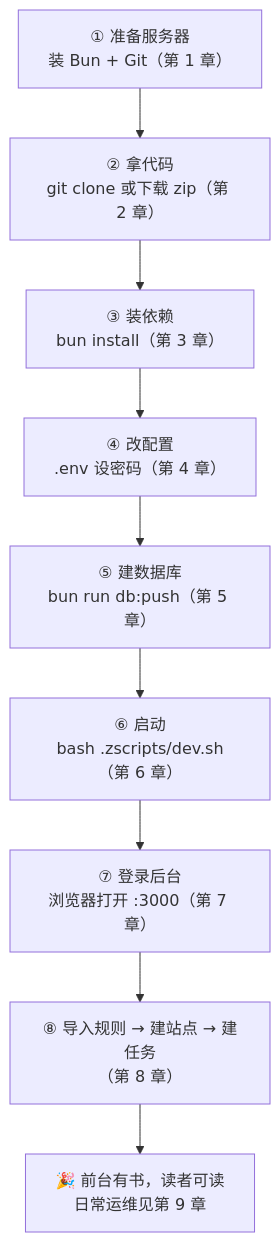
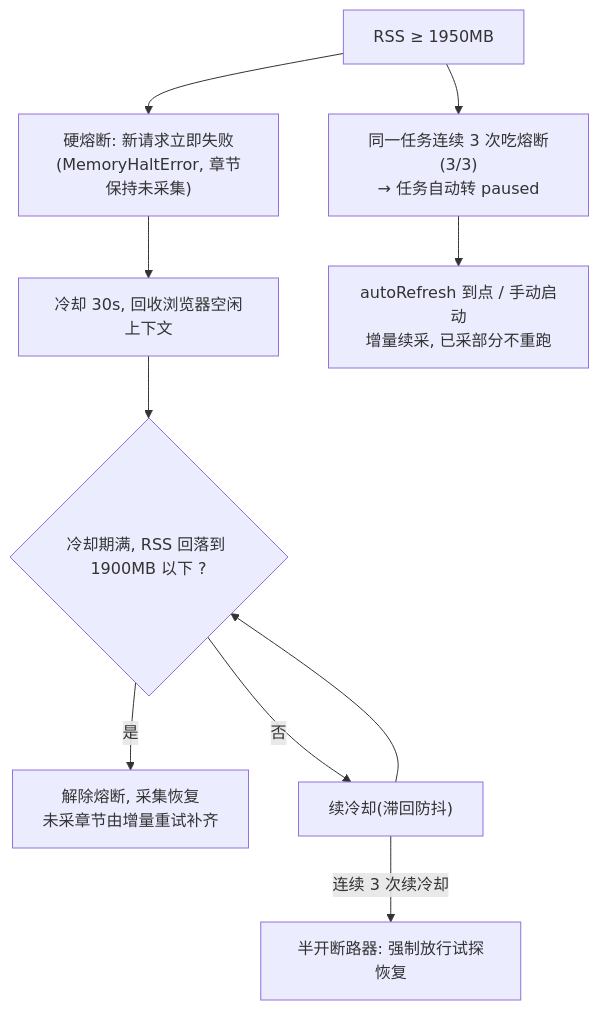
The third of 3 diagrams in docs/INSTALL-GUIDE.md (u4399com-beep/mhgl), drawn with Mermaid before and after one commit. The commit also changed other lines of this file and 49 other files, not shown here.

````diff
--- a/docs/INSTALL-GUIDE.md
+++ b/docs/INSTALL-GUIDE.md
@@ -87,11 +497,12 @@
 ```mermaid
 flowchart TD
-    A["① 准备服务器<br/>装 Bun + Git（第 1 章）"] --> B["② 拿代码<br/>git clone 或下载 zip（第 2 章）"]
-    B --> C["③ 装依赖<br/>bun install（第 3 章）"]
-    C --> D["④ 改配置<br/>.env 设密码（第 4 章）"]
-    D --> E["⑤ 建数据库<br/>bun run db:push（第 5 章）"]
-    E --> F["⑥ 启动<br/>bash .zscripts/dev.sh（第 6 章）"]
-    F --> G["⑦ 登录后台<br/>浏览器打开 :3000（第 7 章）"]
-    G --> H["⑧ 导入规则 → 建站点 → 建任务<br/>（第 8 章）"]
-    H --> I["🎉 前台有书，读者可读<br/>日常运维见第 9 章"]
+    A["RSS ≥ 1950MB"] --> B["硬熔断: 新请求立即失败<br/>(MemoryHaltError, 章节保持未采集)"]
+    B --> C["冷却 30s, 回收浏览器空闲上下文"]
+    C --> D{"冷却期满, RSS 回落到 1900MB 以下 ?"}
+    D -->|是| E["解除熔断, 采集恢复<br/>未采章节由增量重试补齐"]
+    D -->|否| F["续冷却(滞回防抖)"]
+    F -->|连续 3 次续冷却| G["半开断路器: 强制放行试探恢复"]
+    F --> D
+    A --> H["同一任务连续 3 次吃熔断(3/3)<br/>→ 任务自动转 paused"]
+    H --> I["autoRefresh 到点 / 手动启动<br/>增量续采, 已采部分不重跑"]
 ```
````
